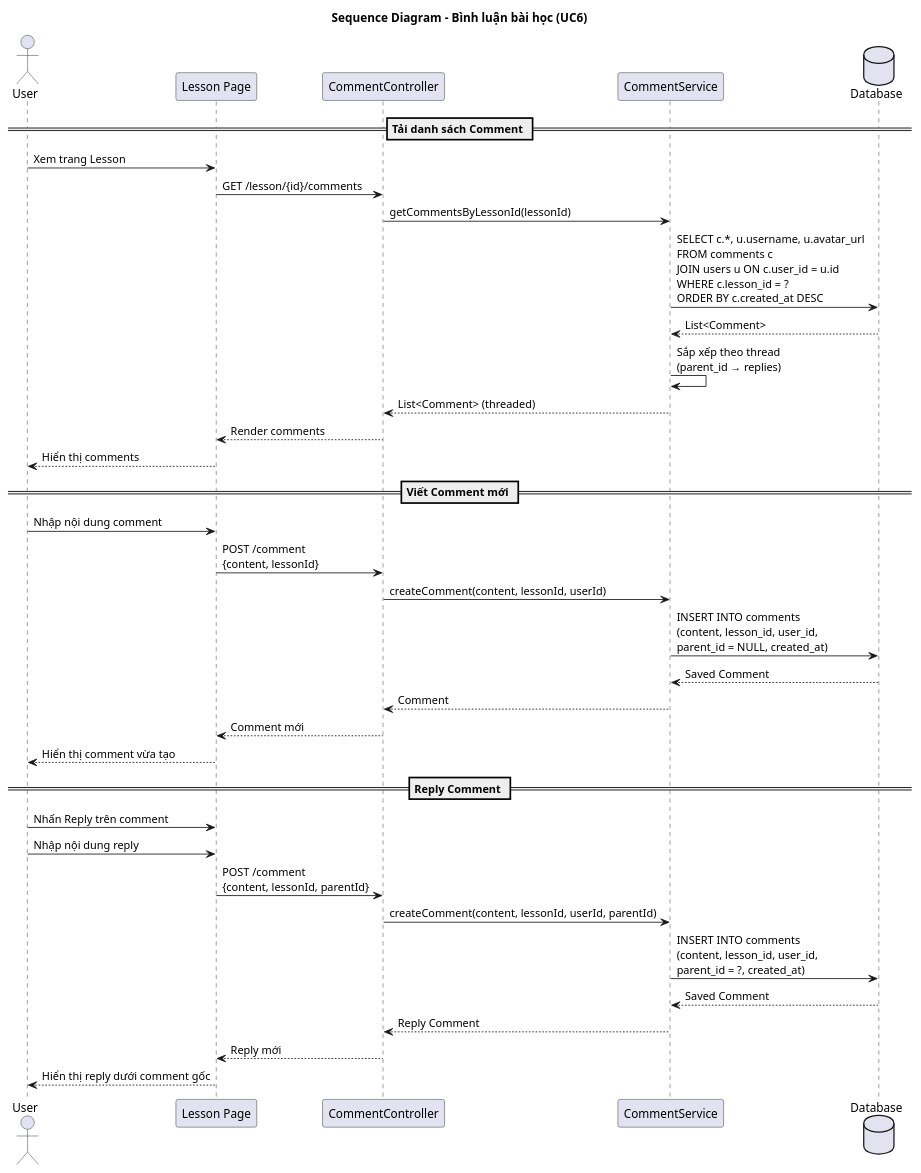
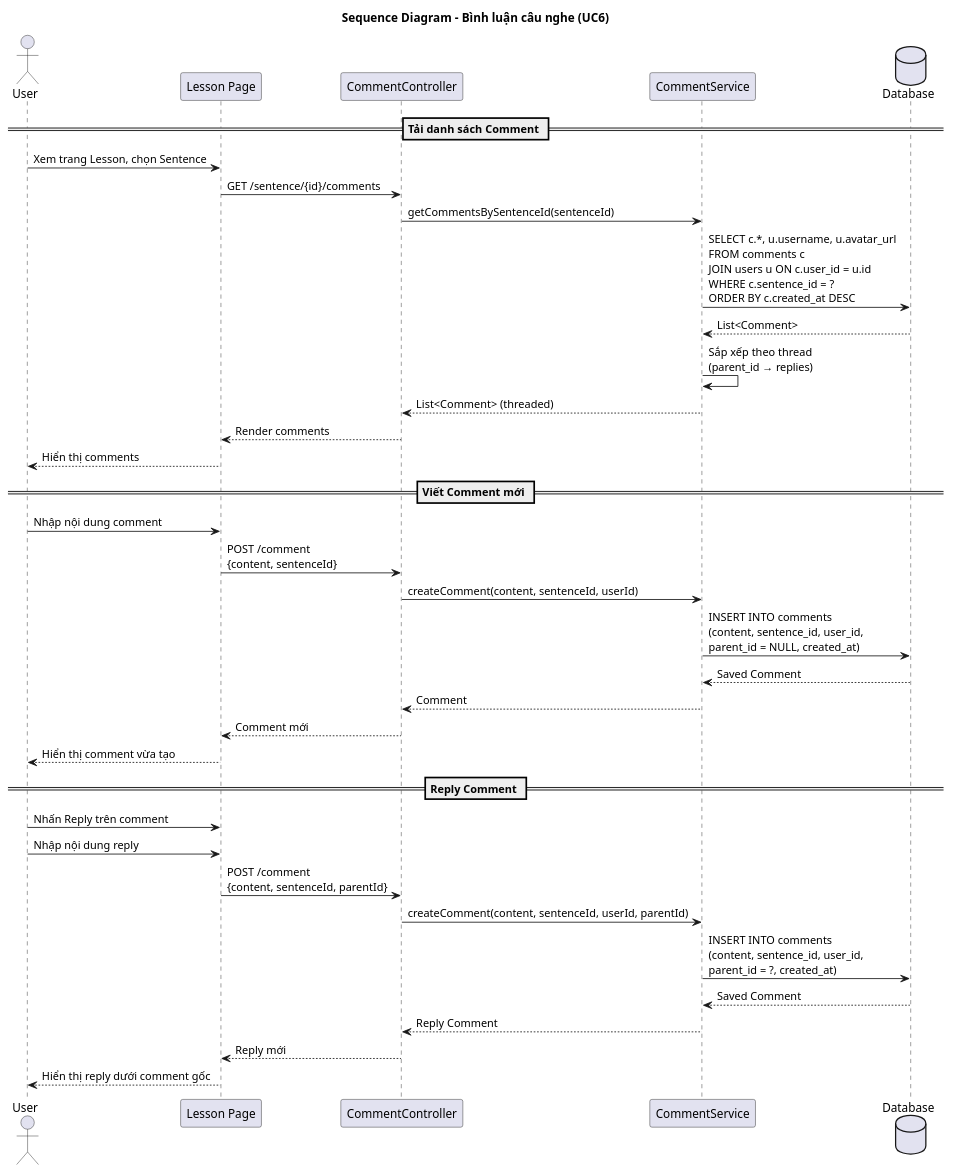
One commit to nguyenthetan752005-max/EnglishListeningPracticeWebsite changed the diagram in docs/uml/SequenceDiagram/sequence_comment.puml. Above: the diagram before and after it, drawn with PlantUML. The commit also changed 10 other files, not shown here.

```diff
--- a/docs/uml/SequenceDiagram/sequence_comment.puml
+++ b/docs/uml/SequenceDiagram/sequence_comment.puml
@@ -1,42 +1,42 @@
 @startuml Sequence_Comment
-title Sequence Diagram - Bình luận bài học (UC6)
+title Sequence Diagram - Bình luận câu nghe (UC6)
 
 actor User as U
 participant "Lesson Page" as V
 participant "CommentController" as CMC
 participant "CommentService" as CMS
 database "Database" as DB
 
 == Tải danh sách Comment ==
-U -> V : Xem trang Lesson
-V -> CMC : GET /lesson/{id}/comments
-CMC -> CMS : getCommentsByLessonId(lessonId)
-CMS -> DB : SELECT c.*, u.username, u.avatar_url\nFROM comments c\nJOIN users u ON c.user_id = u.id\nWHERE c.lesson_id = ?\nORDER BY c.created_at DESC
+U -> V : Xem trang Lesson, chọn Sentence
+V -> CMC : GET /sentence/{id}/comments
+CMC -> CMS : getCommentsBySentenceId(sentenceId)
+CMS -> DB : SELECT c.*, u.username, u.avatar_url\nFROM comments c\nJOIN users u ON c.user_id = u.id\nWHERE c.sentence_id = ?\nORDER BY c.created_at DESC
 DB --> CMS : List<Comment>
 CMS -> CMS : Sắp xếp theo thread\n(parent_id → replies)
 CMS --> CMC : List<Comment> (threaded)
 CMC --> V : Render comments
 V --> U : Hiển thị comments
 
 == Viết Comment mới ==
 U -> V : Nhập nội dung comment
-V -> CMC : POST /comment\n{content, lessonId}
-CMC -> CMS : createComment(content, lessonId, userId)
-CMS -> DB : INSERT INTO comments\n(content, lesson_id, user_id,\nparent_id = NULL, created_at)
+V -> CMC : POST /comment\n{content, sentenceId}
+CMC -> CMS : createComment(content, sentenceId, userId)
+CMS -> DB : INSERT INTO comments\n(content, sentence_id, user_id,\nparent_id = NULL, created_at)
 DB --> CMS : Saved Comment
 CMS --> CMC : Comment
 CMC --> V : Comment mới
 V --> U : Hiển thị comment vừa tạo
 
 == Reply Comment ==
 U -> V : Nhấn Reply trên comment
 U -> V : Nhập nội dung reply
-V -> CMC : POST /comment\n{content, lessonId, parentId}
-CMC -> CMS : createComment(content, lessonId, userId, parentId)
-CMS -> DB : INSERT INTO comments\n(content, lesson_id, user_id,\nparent_id = ?, created_at)
+V -> CMC : POST /comment\n{content, sentenceId, parentId}
+CMC -> CMS : createComment(content, sentenceId, userId, parentId)
+CMS -> DB : INSERT INTO comments\n(content, sentence_id, user_id,\nparent_id = ?, created_at)
 DB --> CMS : Saved Comment
 CMS --> CMC : Reply Comment
 CMC --> V : Reply mới
 V --> U : Hiển thị reply dưới comment gốc
 
 @enduml
```
